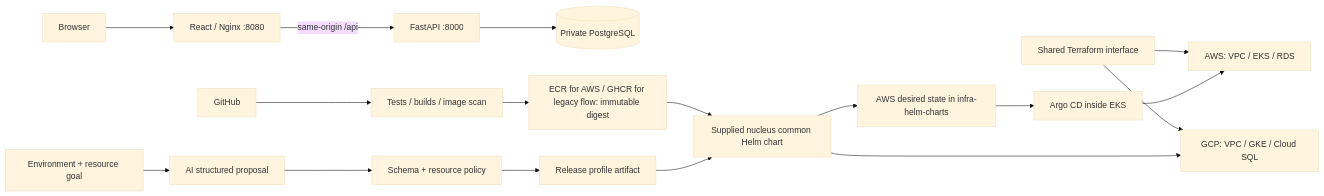
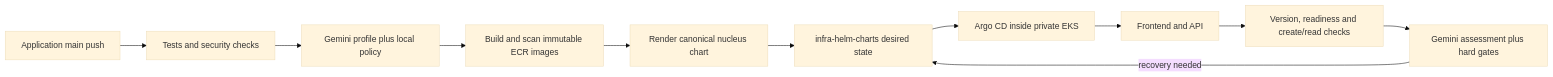
Before and after one commit to surendarrajasekaran/om-idea-board: the diagram in README.md, drawn with Mermaid (base theme). The commit also changed other lines of this file and 12 other files, not shown here.

Commit message:
Render from one canonical chart and retire the legacy release workflow

````diff
--- a/README.md
+++ b/README.md
@@ -13,19 +9,13 @@
 ```mermaid
 flowchart LR
-  Browser --> Web[React / Nginx :8080]
-  Web -->|same-origin /api| API[FastAPI :8000]
-  API --> DB[(Private PostgreSQL)]
-  Git[GitHub] --> CI[Tests / builds / image scan]
-  CI --> Registry[ECR for AWS / GHCR for legacy flow: immutable digest]
-  Goal[Environment + resource goal] --> AI[AI structured proposal]
-  AI --> Policy[Schema + resource policy]
-  Policy --> Profile[Release profile artifact]
-  Registry --> Chart[Supplied nucleus common Helm chart]
-  Profile --> Chart
-  TF[Shared Terraform interface] --> AWS[AWS: VPC / EKS / RDS]
-  TF --> GCP[GCP: VPC / GKE / Cloud SQL]
-  Chart --> GitOps[AWS desired state in infra-helm-charts]
-  GitOps --> Argo[Argo CD inside EKS]
-  Argo --> AWS
-  Chart --> GCP
+  Source[Application main push] --> CI[Tests and security checks]
+  CI --> AI[Gemini profile plus local policy]
+  AI --> ECR[Build and scan immutable ECR images]
+  ECR --> Render[Render canonical nucleus chart]
+  Render --> Git[infra-helm-charts desired state]
+  Git --> Argo[Argo CD inside private EKS]
+  Argo --> App[Frontend and API]
+  App --> Health[Version, readiness and create/read checks]
+  Health --> Decision[Gemini assessment plus hard gates]
+  Decision -->|recovery needed| Git
 ```
````
